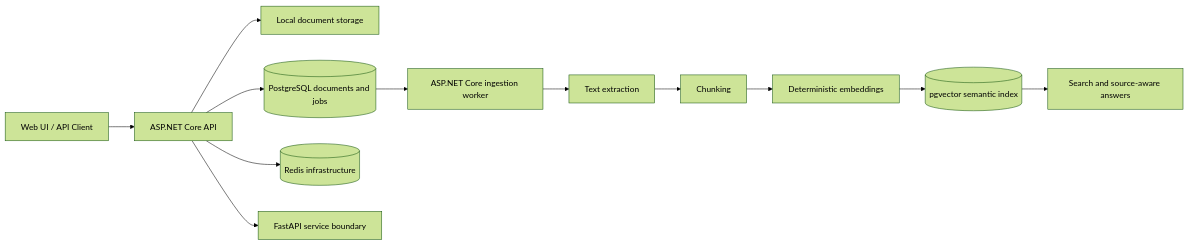
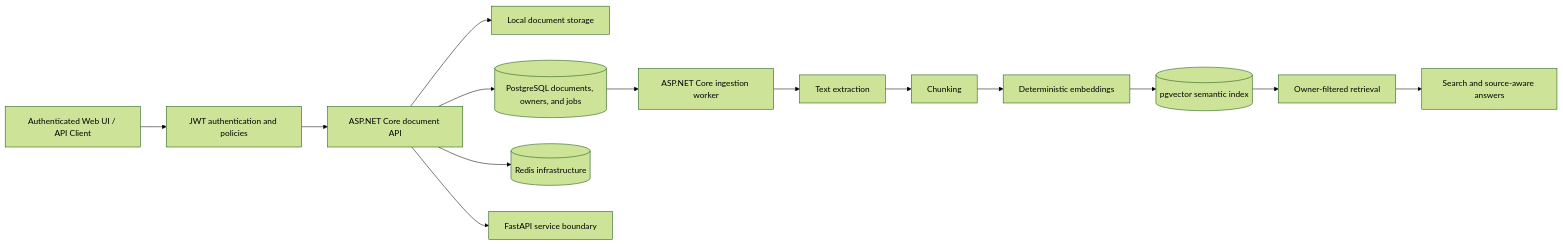
One commit to mahdiaghtaee/enterprise-ai-document-assistant changed the diagram in README.md. Above: the diagram before and after it, drawn with Mermaid (forest theme). The commit also changed other lines of this file and 31 other files, not shown here.

First line of the commit message:
Add JWT authentication and document authorization (#70)

````diff
--- a/README.md
+++ b/README.md
@@ -88,14 +103,16 @@
 ```mermaid
 flowchart LR
-    U[Web UI / API Client] --> A[ASP.NET Core API]
+    U[Authenticated Web UI / API Client] --> J[JWT authentication and policies]
+    J --> A[ASP.NET Core document API]
     A --> S[Local document storage]
-    A --> P[(PostgreSQL documents and jobs)]
+    A --> P[(PostgreSQL documents, owners, and jobs)]
     P --> W[ASP.NET Core ingestion worker]
     W --> X[Text extraction]
     X --> C[Chunking]
     C --> E[Deterministic embeddings]
     E --> V[(pgvector semantic index)]
-    V --> Q[Search and source-aware answers]
+    V --> Z[Owner-filtered retrieval]
+    Z --> Q[Search and source-aware answers]
     A --> R[(Redis infrastructure)]
     A --> F[FastAPI service boundary]
 ```
````
